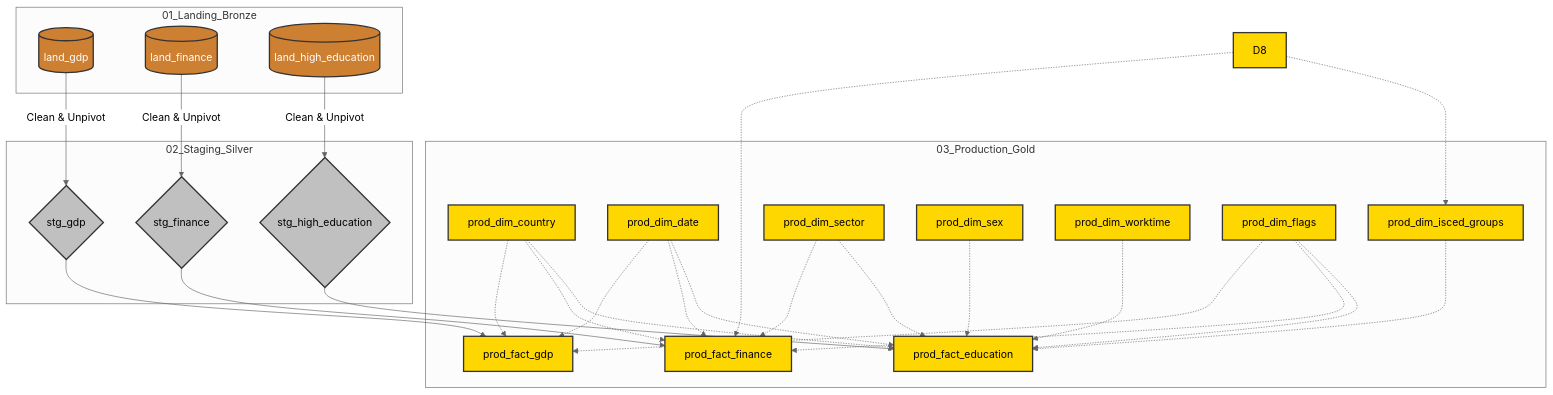
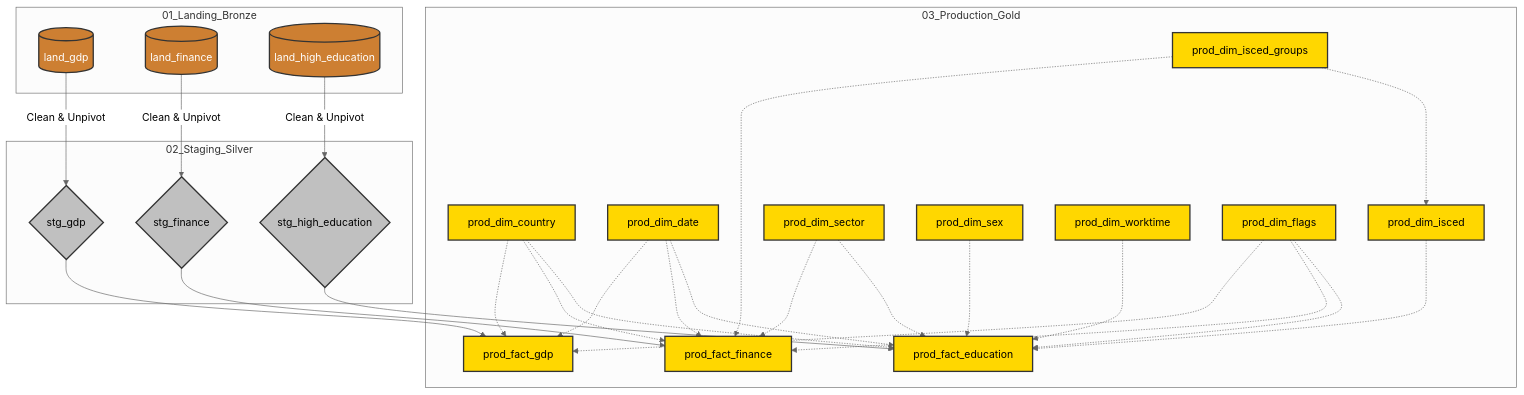
Before and after one commit to imre-kuklase/eurostat-education-economic-analysis: the first of 2 diagrams in README.md, drawn with Mermaid (neutral theme).

````diff
--- a/README.md
+++ b/README.md
@@ -37,58 +37,58 @@
 ```mermaid
 graph TD
     %% Defineerime stiilid
     classDef bronze fill:#cd7f32,stroke:#333,stroke-width:2px,color:#fff;
     classDef silver fill:#c0c0c0,stroke:#333,stroke-width:2px,color:#000;
     classDef gold fill:#ffd700,stroke:#333,stroke-width:2px,color:#000;
 
     subgraph 01_Landing_Bronze
         L1[(land_gdp)]
         L2[(land_finance)]
         L3[(land_high_education)]
     end
 
     subgraph 02_Staging_Silver
         S1{stg_gdp}
         S2{stg_finance}
         S3{stg_high_education}
     end
 
     subgraph 03_Production_Gold
         F1[prod_fact_gdp]
         F2[prod_fact_finance]
         F3[prod_fact_education]
         
         D1[prod_dim_country]
         D2[prod_dim_date]
         D3[prod_dim_isced]
         D4[prod_dim_sector]
         D5[prod_dim_sex]
         D6[prod_dim_worktime]
         D7[prod_dim_flags]
-        D3[prod_dim_isced_groups]
+        D8[prod_dim_isced_groups]
     end
 
     %% Andmevoog (Lineage)
     L1 -->|Clean & Unpivot| S1
     L2 -->|Clean & Unpivot| S2
     L3 -->|Clean & Unpivot| S3
 
     S1 --> F1
     S2 --> F2
     S3 --> F3
 
     %% Seosed dimensioonidega
     D1 -.-> F1 & F2 & F3
     D2 -.-> F1 & F2 & F3
     D3 -.-> F3
     D4 -.-> F2 & F3
     D5 -.-> F3
     D6 -.-> F3
     D7 -.-> F1 & F2 & F3
     D8 -.-> F2 & D3
 
     %% Klasside määramine stiili jaoks
     class L1,L2,L3 bronze;
     class S1,S2,S3 silver;
     class F1,F2,F3,D1,D2,D3,D4,D5,D6,D7,D8 gold;
 ```
````
